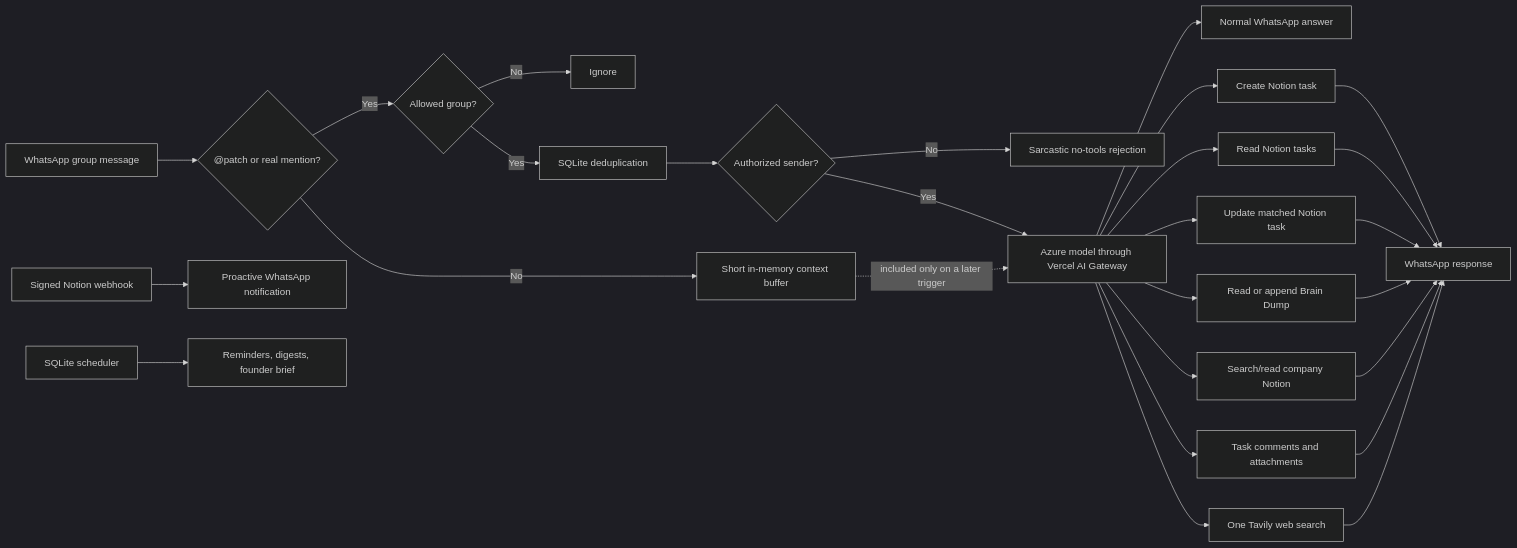
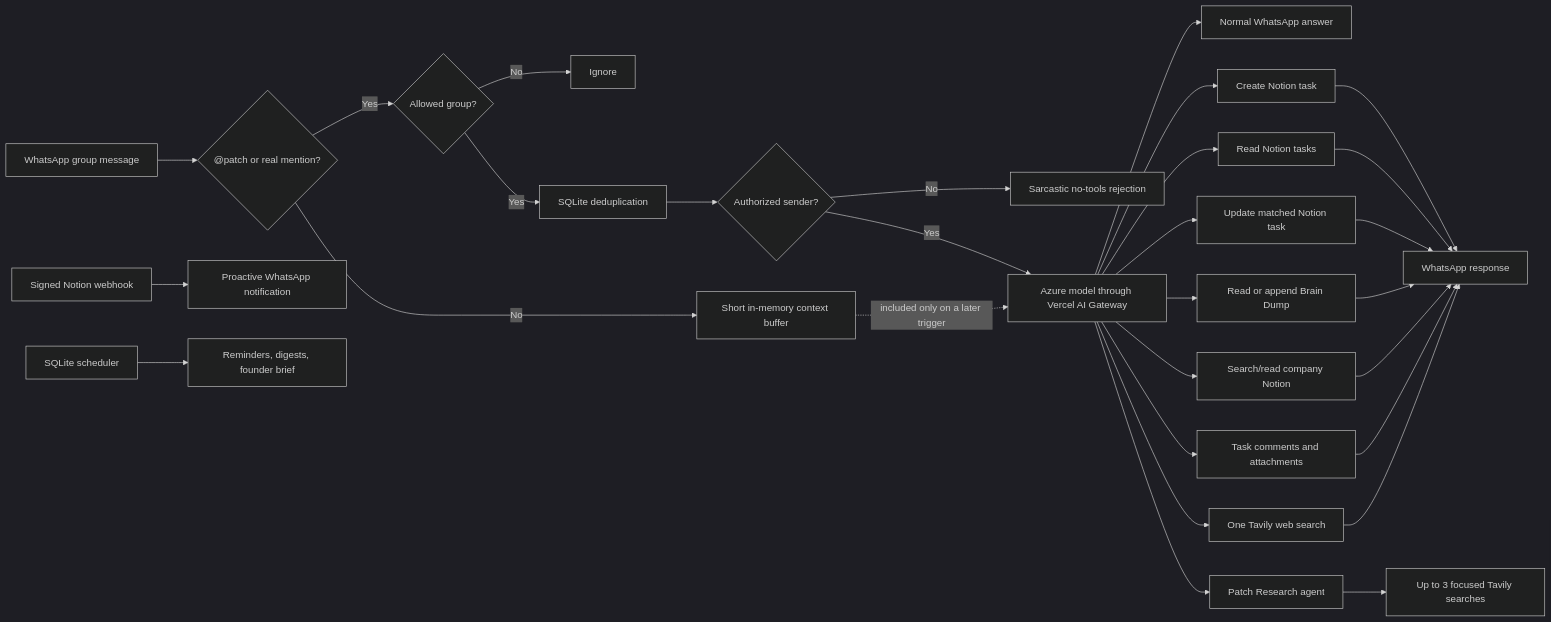
The diagram in README.md (sagnik11/dia-whatsapp-bot), drawn with Mermaid (dark theme) before and after one commit. The commit also changed other lines of this file and 11 other files, not shown here.

Commit message:
Add delegated multi-source research agent

````diff
--- a/README.md
+++ b/README.md
@@ -75,29 +76,31 @@
 ```mermaid
 flowchart LR
     W["WhatsApp group message"] --> T{"@patch or real mention?"}
     T -- No --> C["Short in-memory context buffer"]
     T -- Yes --> G{"Allowed group?"}
     G -- No --> X["Ignore"]
     G -- Yes --> D["SQLite deduplication"]
     D --> U{"Authorized sender?"}
     U -- No --> R["Sarcastic no-tools rejection"]
     U -- Yes --> A["Azure model through Vercel AI Gateway"]
     C -.->|included only on a later trigger| A
     A --> Q["Normal WhatsApp answer"]
     A --> N1["Create Notion task"]
     A --> N2["Read Notion tasks"]
     A --> N5["Update matched Notion task"]
     A --> N3["Read or append Brain Dump"]
     A --> N4["Search/read company Notion"]
     A --> N6["Task comments and attachments"]
     A --> S["One Tavily web search"]
+    A --> RA["Patch Research agent"]
+    RA --> MS["Up to 3 focused Tavily searches"]
     NW["Signed Notion webhook"] --> PN["Proactive WhatsApp notification"]
     SC["SQLite scheduler"] --> FB["Reminders, digests, founder brief"]
     N1 --> O["WhatsApp response"]
     N2 --> O
     N5 --> O
     N3 --> O
     N4 --> O
     N6 --> O
     S --> O
 ```
````
